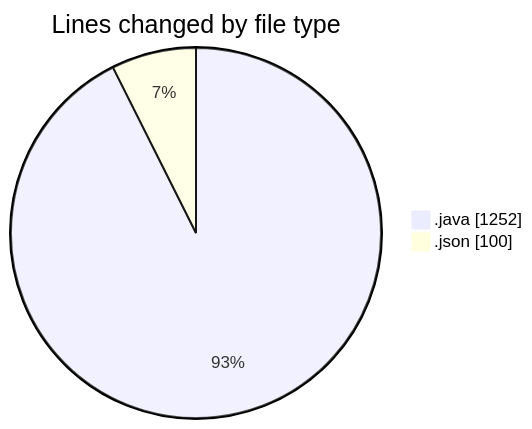
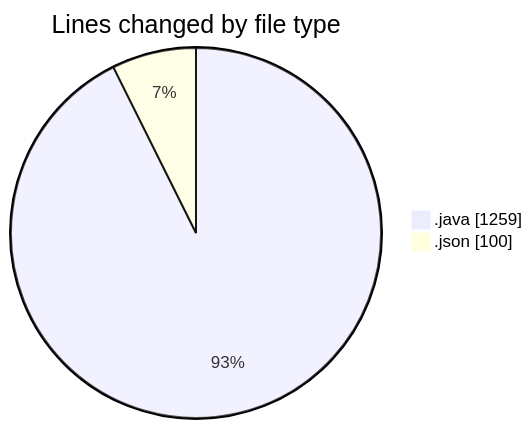
One commit to ricardozamudiocil/code-tracking changed the first of 2 diagrams in 2026-05-12/cilapp/README.md. Above: the diagram before and after it, drawn with Mermaid. The commit also changed other lines of this file and 1 other file, not shown here.

````diff
--- a/2026-05-12/cilapp/README.md
+++ b/2026-05-12/cilapp/README.md
@@ -27,6 +27,6 @@
 ```mermaid
 pie showData
 title Lines changed by file type
-".java" : 1252
+".java" : 1259
 ".json" : 100
 ```
````
